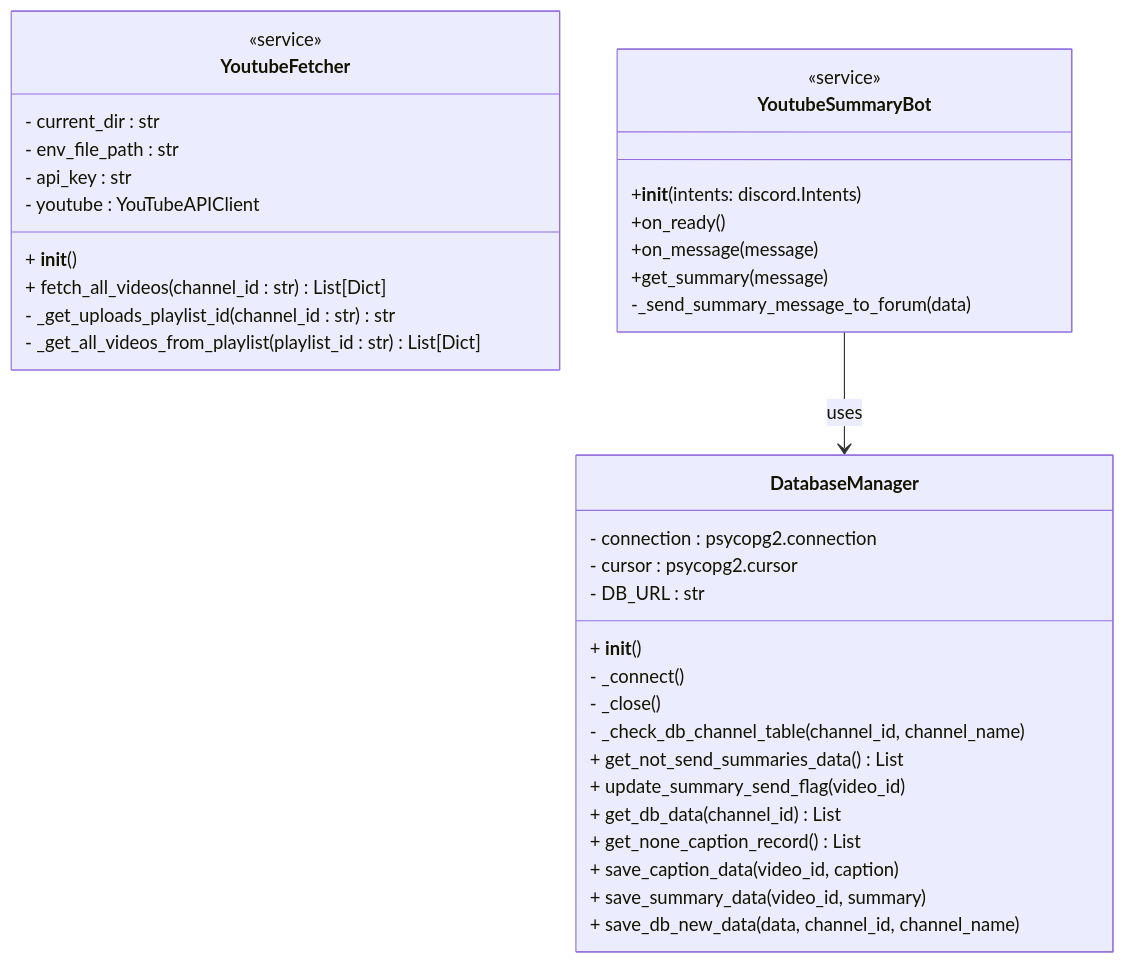
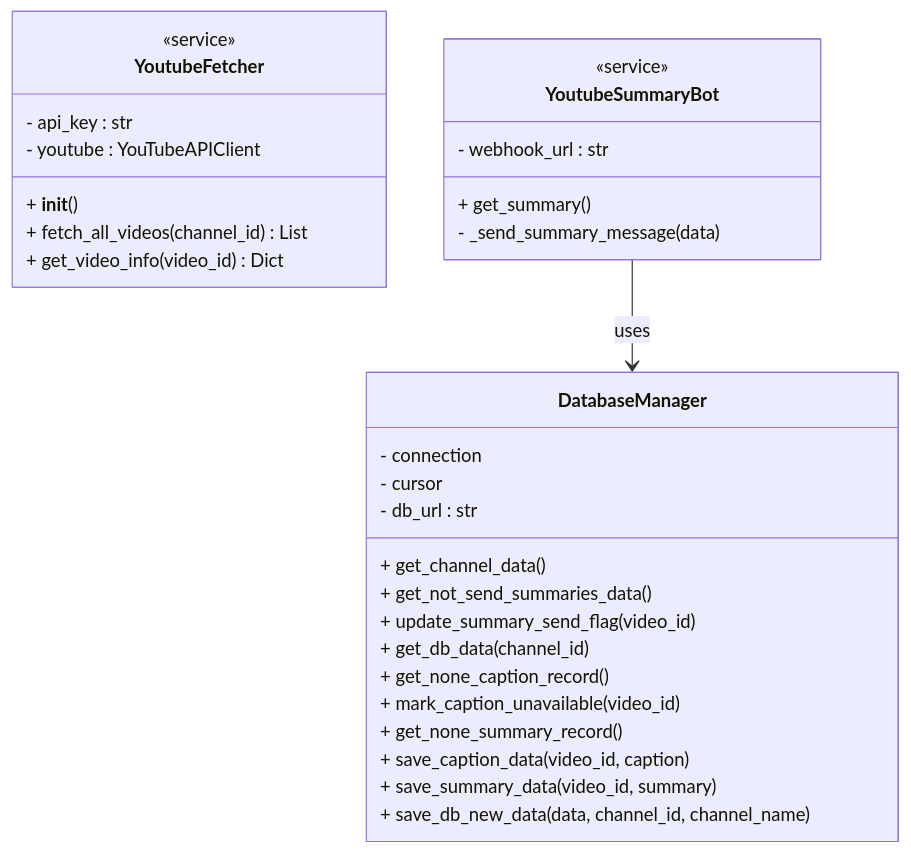
The diagram in document/class.md (hoshimins/youtube_summary_bot), drawn with Mermaid before and after one commit. The commit also changed 18 other files, not shown here.

````diff
--- a/document/class.md
+++ b/document/class.md
@@ -1,49 +1,36 @@
 ```mermaid
 classDiagram
     class YoutubeFetcher {
         <<service>>
-        - current_dir : str
-        - env_file_path : str
         - api_key : str
         - youtube : YouTubeAPIClient
-
         + __init__()
-        + fetch_all_videos(channel_id : str) List[Dict]
-        - _get_uploads_playlist_id(channel_id : str) str
-        - _get_all_videos_from_playlist(playlist_id : str) List[Dict]
+        + fetch_all_videos(channel_id) List
+        + get_video_info(video_id) Dict
     }
 
     class YoutubeSummaryBot {
         <<service>>
-        +__init__(intents: discord.Intents)
-        +on_ready()
-        +on_message(message)
-        +get_summary(message)
-        -_send_summary_message_to_forum(data)
+        - webhook_url : str
+        + get_summary()
+        - _send_summary_message(data)
     }
 
-
     class DatabaseManager {
-        - connection : psycopg2.connection
-        - cursor : psycopg2.cursor
-        - DB_URL : str
-
-        + __init__()
-        - _connect()
-        - _close()
-        - _check_db_channel_table(channel_id, channel_name)
-        
-        + get_not_send_summaries_data() List
+        - connection
+        - cursor
+        - db_url : str
+        + get_channel_data()
+        + get_not_send_summaries_data()
         + update_summary_send_flag(video_id)
-        + get_db_data(channel_id) List
-        + get_none_caption_record() List
+        + get_db_data(channel_id)
+        + get_none_caption_record()
+        + mark_caption_unavailable(video_id)
+        + get_none_summary_record()
         + save_caption_data(video_id, caption)
         + save_summary_data(video_id, summary)
         + save_db_new_data(data, channel_id, channel_name)
     }
 
-
-
-
     YoutubeSummaryBot --> DatabaseManager : uses
 ```
````
